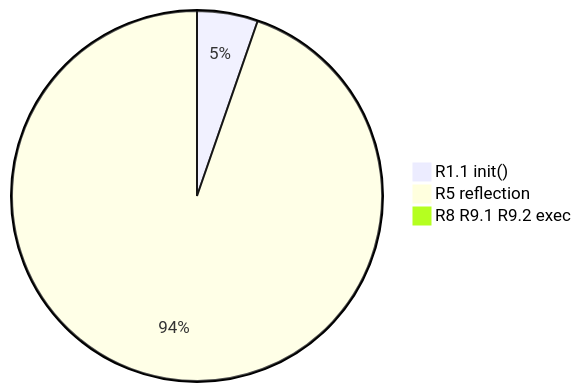
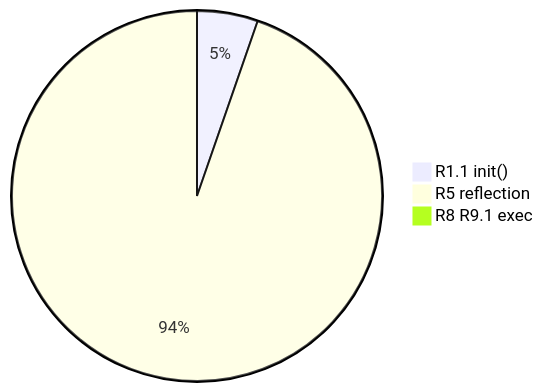
The third of 10 diagrams in results/README.md (chains-project/GoSurf), drawn with Mermaid before and after one commit. The commit also changed other lines of this file and 5 other files, not shown here.

````diff
--- a/results/README.md
+++ b/results/README.md
@@ -89,6 +91,6 @@
 ```mermaid
 pie 
     "R1.1 init()" : 133
     "R5 reflection" : 2371
-    "R8 R9.1 R9.2 exec" : 13
+    "R8 R9.1 exec" : 13
 ```
````
